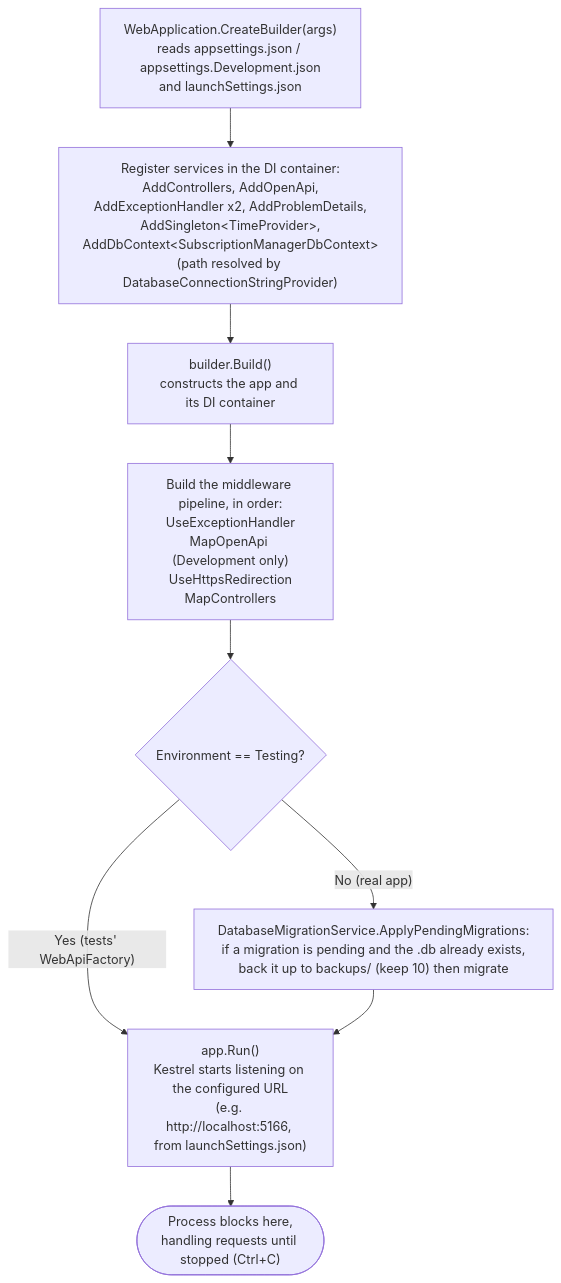
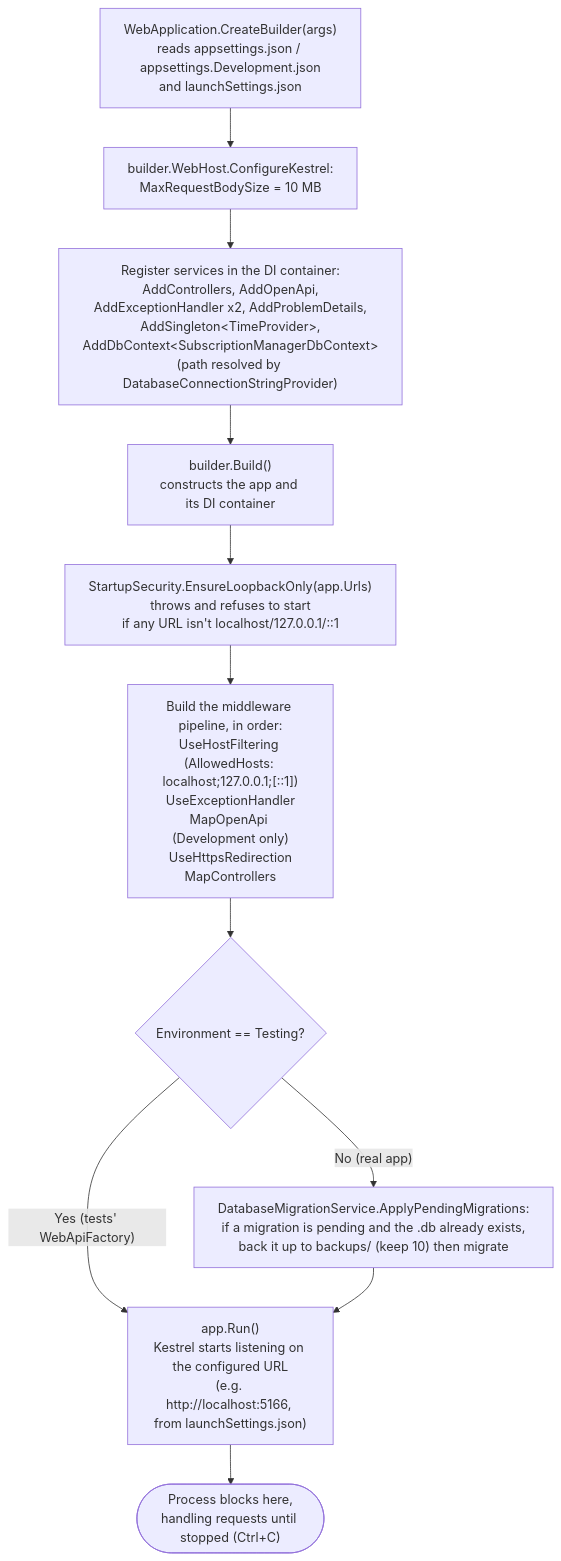
Before and after one commit to Manueh9/SubscriptionManager: the first of 2 diagrams in docs/Architecture/Architecture.en.md, drawn with Mermaid. The commit also changed other lines of this file and 14 other files, not shown here.

Commit message:
feat: lock the API down to loopback-only and cap request size

````diff
--- a/docs/Architecture/Architecture.en.md
+++ b/docs/Architecture/Architecture.en.md
@@ -21,11 +21,13 @@
 ```mermaid
 flowchart TD
-    A["WebApplication.CreateBuilder(args)<br/>reads appsettings.json / appsettings.Development.json<br/>and launchSettings.json"] --> B["Register services in the DI container:<br/>AddControllers, AddOpenApi,<br/>AddExceptionHandler x2, AddProblemDetails,<br/>AddSingleton&lt;TimeProvider&gt;,<br/>AddDbContext&lt;SubscriptionManagerDbContext&gt;<br/>(path resolved by DatabaseConnectionStringProvider)"]
+    A["WebApplication.CreateBuilder(args)<br/>reads appsettings.json / appsettings.Development.json<br/>and launchSettings.json"] --> K["builder.WebHost.ConfigureKestrel:<br/>MaxRequestBodySize = 10 MB"]
+    K --> B["Register services in the DI container:<br/>AddControllers, AddOpenApi,<br/>AddExceptionHandler x2, AddProblemDetails,<br/>AddSingleton&lt;TimeProvider&gt;,<br/>AddDbContext&lt;SubscriptionManagerDbContext&gt;<br/>(path resolved by DatabaseConnectionStringProvider)"]
     B --> C["builder.Build()<br/>constructs the app and its DI container"]
-    C --> D["Build the middleware pipeline, in order:<br/>UseExceptionHandler<br/>MapOpenApi (Development only)<br/>UseHttpsRedirection<br/>MapControllers"]
+    C --> S["StartupSecurity.EnsureLoopbackOnly(app.Urls)<br/>throws and refuses to start<br/>if any URL isn't localhost/127.0.0.1/::1"]
+    S --> D["Build the middleware pipeline, in order:<br/>UseHostFiltering (AllowedHosts: localhost;127.0.0.1;[::1])<br/>UseExceptionHandler<br/>MapOpenApi (Development only)<br/>UseHttpsRedirection<br/>MapControllers"]
     D --> G{"Environment == Testing?"}
     G -- "No (real app)" --> H["DatabaseMigrationService.ApplyPendingMigrations:<br/>if a migration is pending and the .db already exists,<br/>back it up to backups/ (keep 10) then migrate"]
     G -- "Yes (tests' WebApiFactory)" --> E
     H --> E["app.Run()<br/>Kestrel starts listening on the configured URL<br/>(e.g. http://localhost:5166, from launchSettings.json)"]
     E --> F(["Process blocks here,<br/>handling requests until stopped (Ctrl+C)"])
 ```
````
